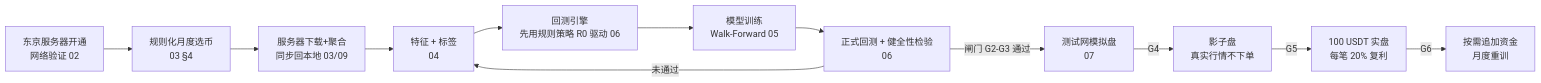
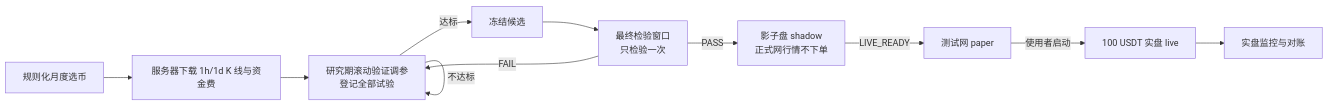
The diagram in docs/design.md (wumingze704-bit/bn-trade), drawn with Mermaid before and after one commit. The commit also changed other lines of this file and 37 other files, not shown here.

````diff
--- a/docs/design.md
+++ b/docs/design.md
@@ -14,14 +14,13 @@
 ```mermaid
 flowchart LR
-    S0[东京服务器开通<br/>网络验证 02] --> A[规则化月度选币<br/>03 §4]
-    A --> B[服务器下载+聚合<br/>同步回本地 03/09]
-    B --> C[特征 + 标签<br/>04]
-    C --> BT0[回测引擎<br/>先用规则策略 R0 驱动 06]
-    BT0 --> D[模型训练<br/>Walk-Forward 05]
-    D --> E[正式回测 + 健全性检验<br/>06]
-    E -->|闸门 G2-G3 通过| F[测试网模拟盘<br/>07]
-    F -->|G4| G[影子盘<br/>真实行情不下单]
-    G -->|G5| H[100 USDT 实盘<br/>每笔 20% 复利]
-    H -->|G6| I[按需追加资金<br/>月度重训]
-    E -->|未通过| C
+    A[规则化月度选币] --> B[服务器下载 1h/1d K 线与资金费]
+    B --> C[研究期滚动验证调参<br/>登记全部试验]
+    C -->|达标| D[冻结候选]
+    C -->|不达标| C
+    D --> E[最终检验窗口<br/>只检验一次]
+    E -->|PASS| F[影子盘 shadow<br/>正式网行情不下单]
+    F -->|LIVE_READY| G[测试网 paper]
+    G -->|使用者启动| H[100 USDT 实盘 live]
+    H --> I[实盘监控与对账]
+    E -->|FAIL| C
 ```
````
